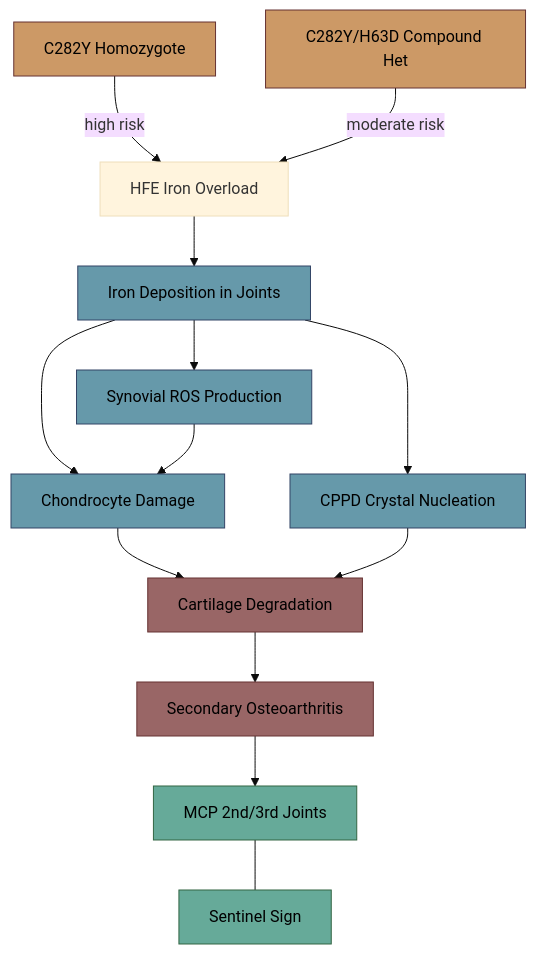
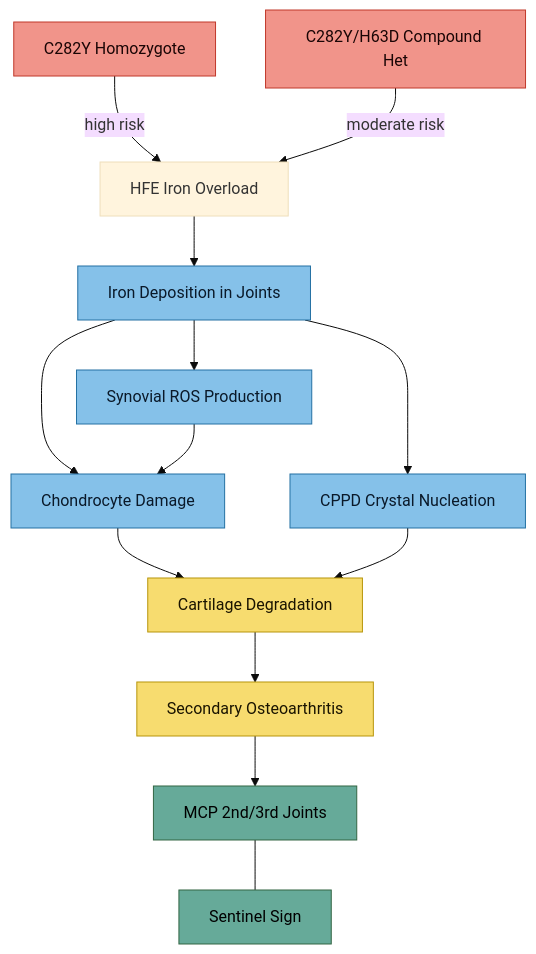
Before and after one commit to Aegis-commits/ag-hfe-adhd-asd-research: the diagram in symptoms/Arthropathy and Back Pain.md, drawn with Mermaid (base theme). The commit also changed 39 other files, not shown here.

First line of the commit message:
docs(vault): standardise diagram colours for light-mode readability, add MOC quick nav

````diff
--- a/symptoms/Arthropathy and Back Pain.md
+++ b/symptoms/Arthropathy and Back Pain.md
@@ -32,27 +32,27 @@
 ```mermaid
 flowchart TD
     A[HFE Iron Overload] --> B[Iron Deposition in Joints]
     B --> C[Chondrocyte Damage]
     B --> D[CPPD Crystal Nucleation]
     C --> E[Cartilage Degradation]
     D --> E
     E --> F[Secondary Osteoarthritis]
     B --> G[Synovial ROS Production]
     G --> C
 
     H[C282Y Homozygote] -->|high risk| A
     I[C282Y/H63D Compound Het] -->|moderate risk| A
 
     J[MCP 2nd/3rd Joints] --- K[Sentinel Sign]
     F --> J
 
-    classDef risk fill:#c96,stroke:#633,color:#000
-    classDef mechanism fill:#69a,stroke:#346,color:#000
-    classDef outcome fill:#966,stroke:#633,color:#000
+    classDef risk fill:#f1948a,stroke:#c0392b,color:#1a0505
+    classDef mechanism fill:#85c1e9,stroke:#2471a3,color:#0a1929
+    classDef outcome fill:#f7dc6f,stroke:#b7950b,color:#1a1400
     classDef sentinel fill:#6a9,stroke:#364,color:#000
 
     class H,I risk
     class B,C,D,G mechanism
     class E,F outcome
     class J,K sentinel
 ```
````
